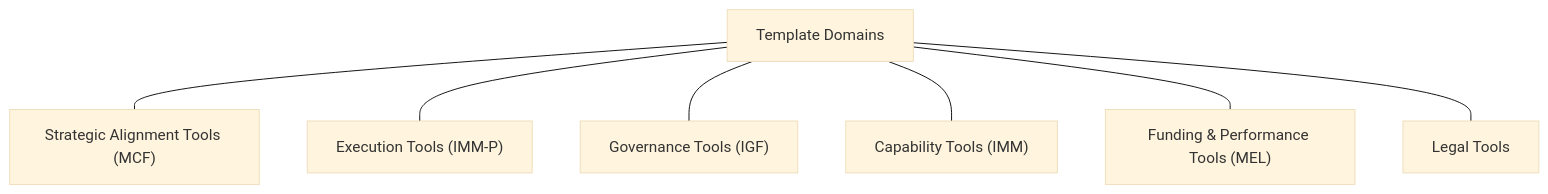
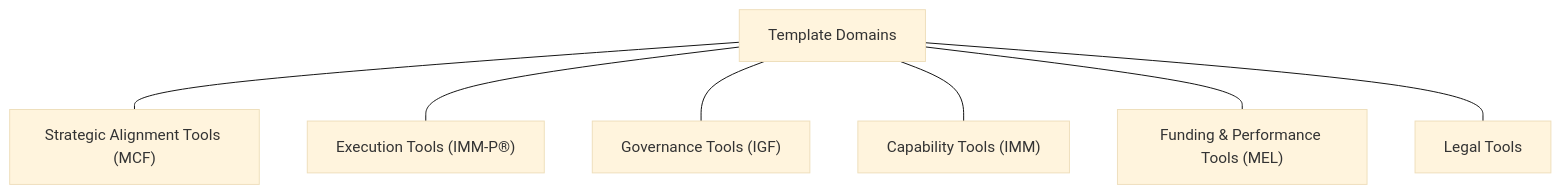
One commit to micro-canvas-framework/vilf changed the diagram in docs/chapters/10.mdx. Above: the diagram before and after it, drawn with Mermaid. The commit also changed other lines of this file and 9 other files, not shown here.

Commit message:
docs(chapters): diagram consistency audit and caption normalization (BL-15X)

````diff
--- a/docs/chapters/10.mdx
+++ b/docs/chapters/10.mdx
@@ -29,17 +29,17 @@
 ```mermaid
 %%{init: {'theme':'base','fontSize':16}}%%
 flowchart TB
   TD["Template Domains"]
   SA["Strategic Alignment Tools (MCF)"]
-  EX["Execution Tools (IMM-P)"]
+  EX["Execution Tools (IMM-P®)"]
   GV["Governance Tools (IGF)"]
   CP["Capability Tools (IMM)"]
   FP["Funding & Performance Tools (MEL)"]
   LG["Legal Tools"]
   TD --- SA
   TD --- EX
   TD --- GV
   TD --- CP
   TD --- FP
   TD --- LG
 ```
````
